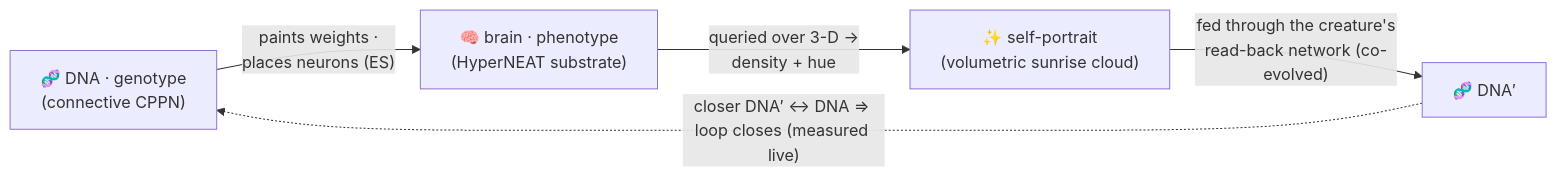
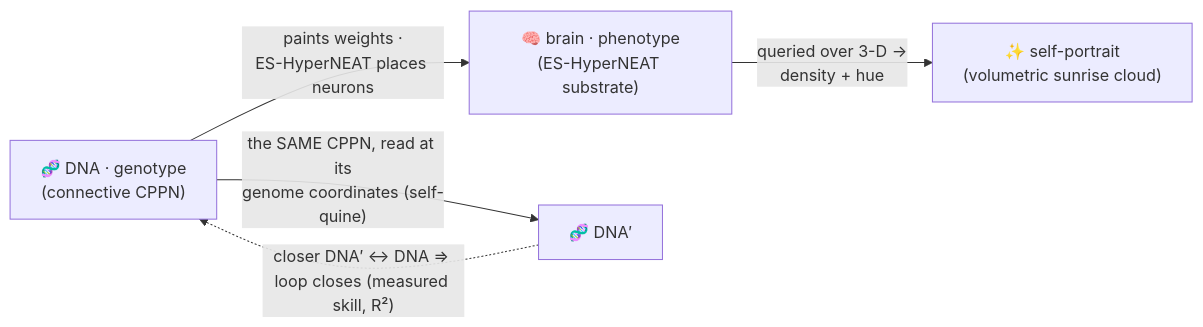
Before and after one commit to admiralakber/autograph: the diagram in README.md, drawn with Mermaid. The commit also changed other lines of this file and 6 other files, not shown here.

First line of the commit message:
docs: reconcile every claim to the genuine ES-HyperNEAT + self-quine

````diff
--- a/README.md
+++ b/README.md
@@ -36,7 +36,7 @@
 ```mermaid
 flowchart LR
-  DNA["🧬 DNA · genotype<br/>(connective CPPN)"] -->|"paints weights ·<br/>places neurons (ES)"| PHENO["🧠 brain · phenotype<br/>(HyperNEAT substrate)"]
+  DNA["🧬 DNA · genotype<br/>(connective CPPN)"] -->|"paints weights ·<br/>ES-HyperNEAT places neurons"| PHENO["🧠 brain · phenotype<br/>(ES-HyperNEAT substrate)"]
   PHENO -->|"queried over 3-D →<br/>density + hue"| ART["✨ self-portrait<br/>(volumetric sunrise cloud)"]
-  ART -->|"fed through the creature's<br/>read-back network (co-evolved)"| DNA2["🧬 DNA′"]
-  DNA2 -. "closer DNA′ ↔ DNA ⇒ loop closes (measured live)" .-> DNA
+  DNA -->|"the SAME CPPN, read at its<br/>genome coordinates (self-quine)"| DNA2["🧬 DNA′"]
+  DNA2 -. "closer DNA′ ↔ DNA ⇒ loop closes (measured skill, R²)" .-> DNA
 ```
````
